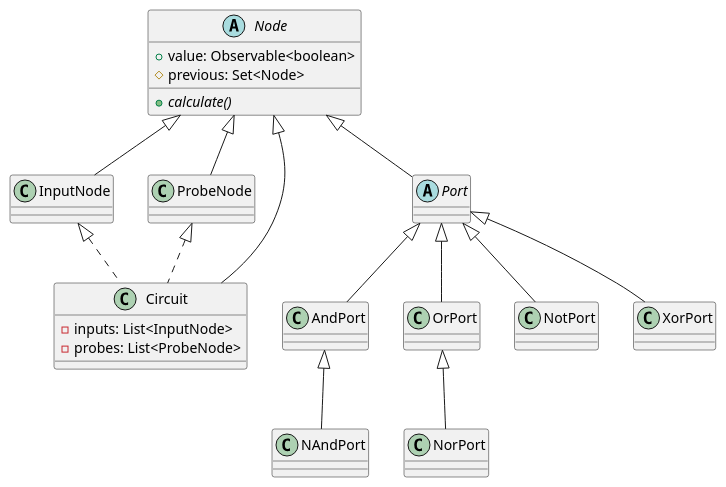
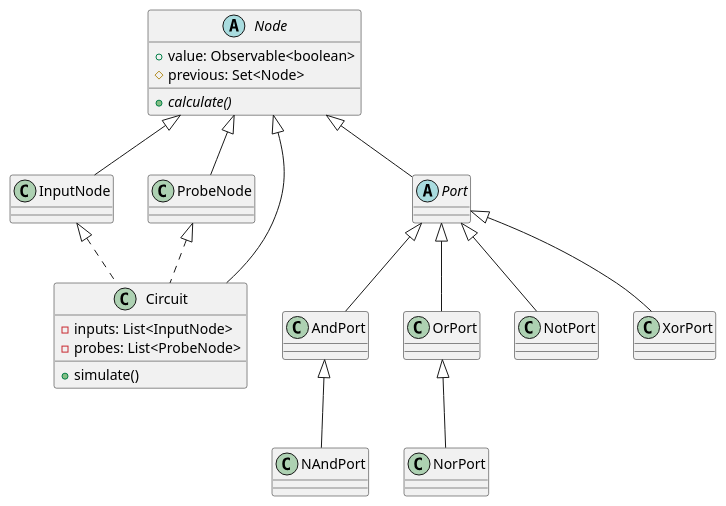
One commit to stevenliebregt/avans-dp1-sirkwie changed the diagram in docs/diagrams/dkd.puml. Above: the diagram before and after it, drawn with PlantUML. The commit also changed 1 other file, not shown here.

```diff
--- a/docs/diagrams/dkd.puml
+++ b/docs/diagrams/dkd.puml
@@ -1,55 +1,57 @@
 @startuml
 ' Nodes
 abstract class Node {
     +value: Observable<boolean>
     #previous: Set<Node>
 
     +{abstract} calculate()
 }
 
 class InputNode {
 }
 Node <|-- InputNode
 
 class ProbeNode {
 }
 Node <|-- ProbeNode
 
 ' Ports
 abstract class Port {
 }
 Node <|-- Port
 
 class AndPort {
 }
 Port <|-- AndPort
 
 class NAndPort {
 }
 AndPort <|-- NAndPort
 
 class OrPort {
 }
 Port <|-- OrPort
 
 class NorPort {
 }
 OrPort <|-- NorPort
 
 class NotPort {
 }
 Port <|-- NotPort
 
 class XorPort {
 }
 Port <|-- XorPort
 
 ' Circuit
 class Circuit {
     -inputs: List<InputNode>
     -probes: List<ProbeNode>
+
+    +simulate()
 }
 InputNode <|.. Circuit
 ProbeNode <|.. Circuit
 Node <|-- Circuit
 @enduml
```
